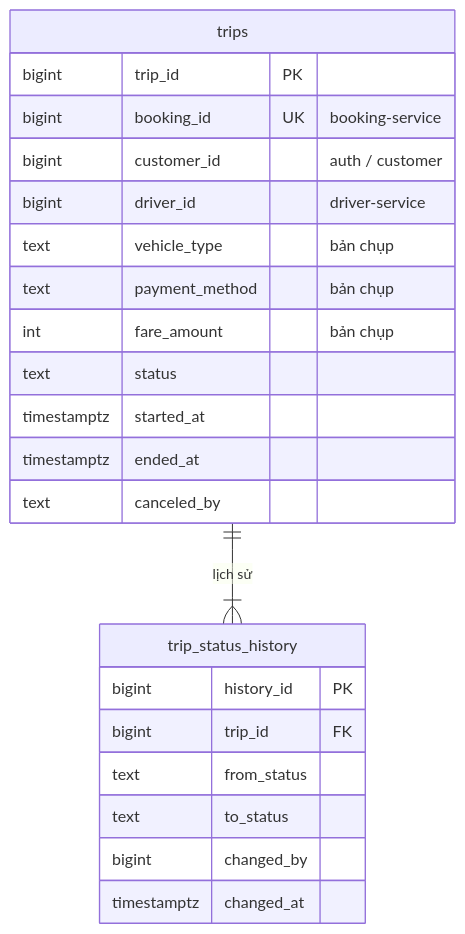
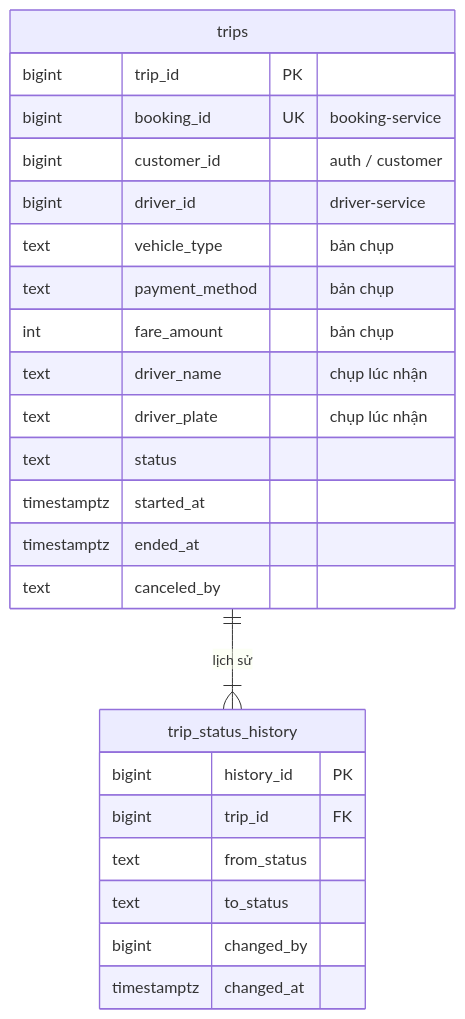
The fifth of 8 diagrams in docs/design/03-du-lieu.md (nghuuduc21/23699411_NguyenHuuDuc_CabSystem), drawn with Mermaid before and after one commit. The commit also changed other lines of this file and 11 other files, not shown here.

Commit message:
docs: snapshot driver name and plate into trips at acceptance (drop S6); gRPC waitForReady on all calls

````diff
--- a/docs/design/03-du-lieu.md
+++ b/docs/design/03-du-lieu.md
@@ -453,25 +456,27 @@
 ```mermaid
 erDiagram
   trips ||--|{ trip_status_history : "lịch sử"
   trips {
     bigint trip_id PK
     bigint booking_id UK "booking-service"
     bigint customer_id "auth / customer"
     bigint driver_id "driver-service"
     text vehicle_type "bản chụp"
     text payment_method "bản chụp"
     int fare_amount "bản chụp"
+    text driver_name "chụp lúc nhận"
+    text driver_plate "chụp lúc nhận"
     text status
     timestamptz started_at
     timestamptz ended_at
     text canceled_by
   }
   trip_status_history {
     bigint history_id PK
     bigint trip_id FK
     text from_status
     text to_status
     bigint changed_by
     timestamptz changed_at
   }
 ```
````
